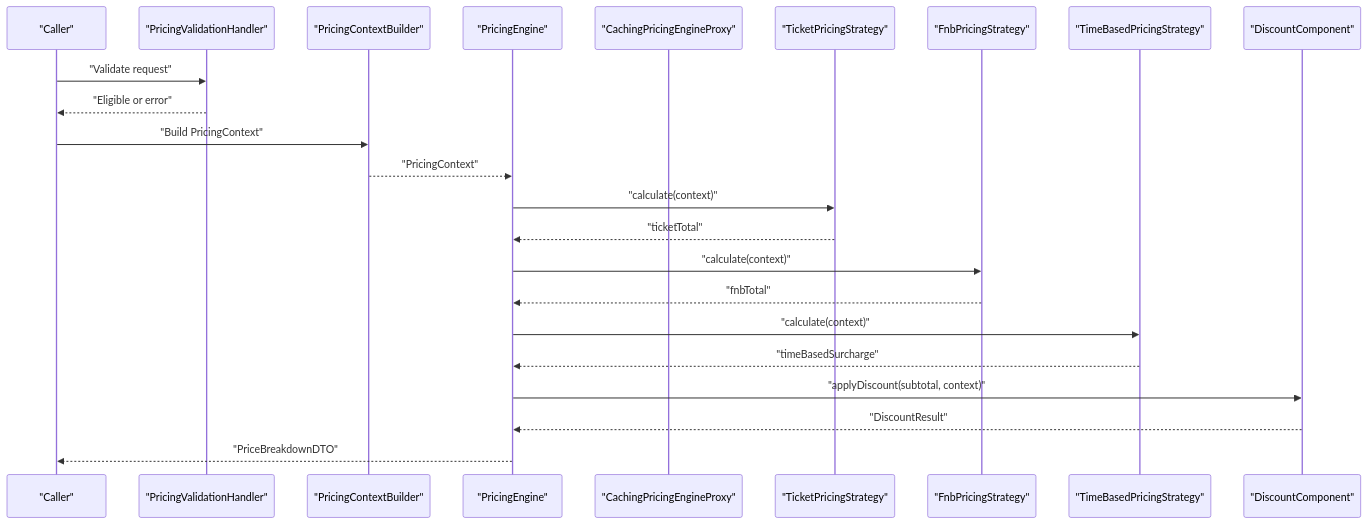
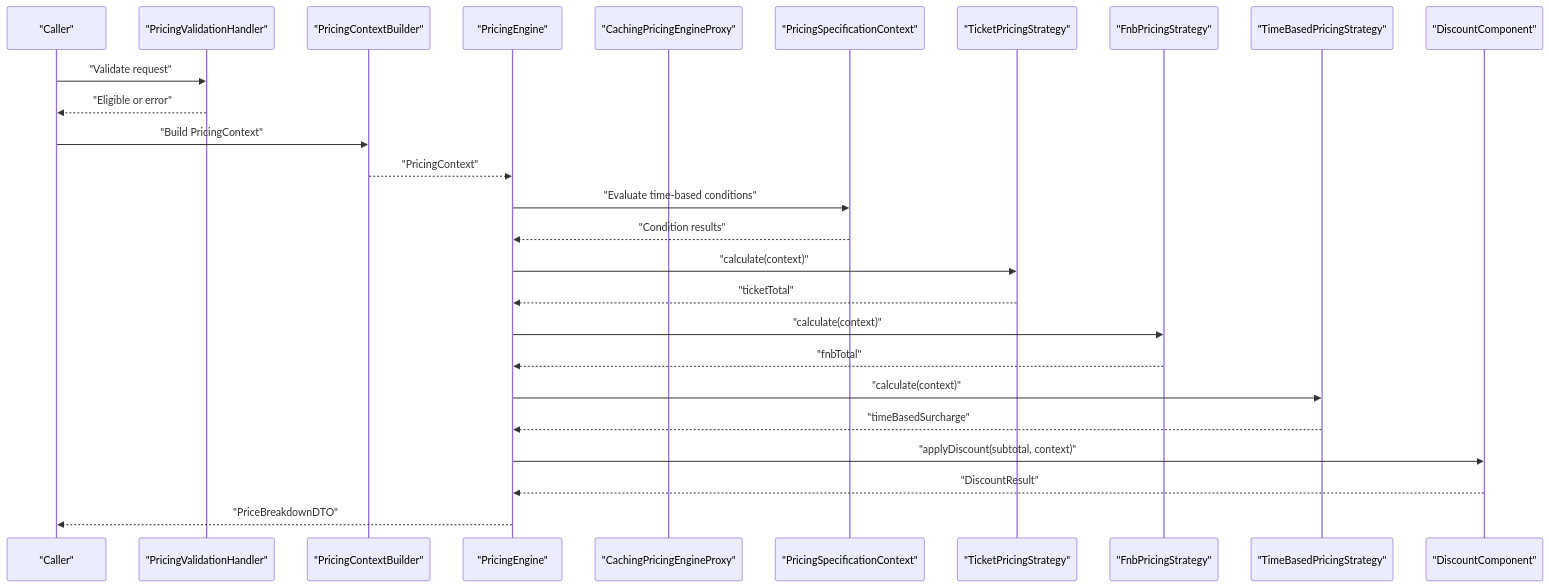
The second of 13 diagrams in .qoder/repowiki/en/content/Design Patterns Implementation/Dynamic Pricing Engine.md (anhtudayne/Design_Pattern), drawn with Mermaid before and after one commit. The commit also changed other lines of this file and 101 other files, not shown here.

````diff
--- a/.qoder/repowiki/en/content/Design Patterns Implementation/Dynamic Pricing Engine.md
+++ b/.qoder/repowiki/en/content/Design Patterns Implementation/Dynamic Pricing Engine.md
@@ -196,25 +206,28 @@
 ```mermaid
 sequenceDiagram
 participant Caller as "Caller"
 participant Validator as "PricingValidationHandler"
 participant Builder as "PricingContextBuilder"
 participant Engine as "PricingEngine"
 participant Cache as "CachingPricingEngineProxy"
+participant Spec as "PricingSpecificationContext"
 participant Str1 as "TicketPricingStrategy"
 participant Str2 as "FnbPricingStrategy"
 participant Str3 as "TimeBasedPricingStrategy"
 participant Disc as "DiscountComponent"
 Caller->>Validator : "Validate request"
 Validator-->>Caller : "Eligible or error"
 Caller->>Builder : "Build PricingContext"
 Builder-->>Engine : "PricingContext"
+Engine->>Spec : "Evaluate time-based conditions"
+Spec-->>Engine : "Condition results"
 Engine->>Str1 : "calculate(context)"
 Str1-->>Engine : "ticketTotal"
 Engine->>Str2 : "calculate(context)"
 Str2-->>Engine : "fnbTotal"
 Engine->>Str3 : "calculate(context)"
 Str3-->>Engine : "timeBasedSurcharge"
 Engine->>Disc : "applyDiscount(subtotal, context)"
 Disc-->>Engine : "DiscountResult"
 Engine-->>Caller : "PriceBreakdownDTO"
 ```
````
